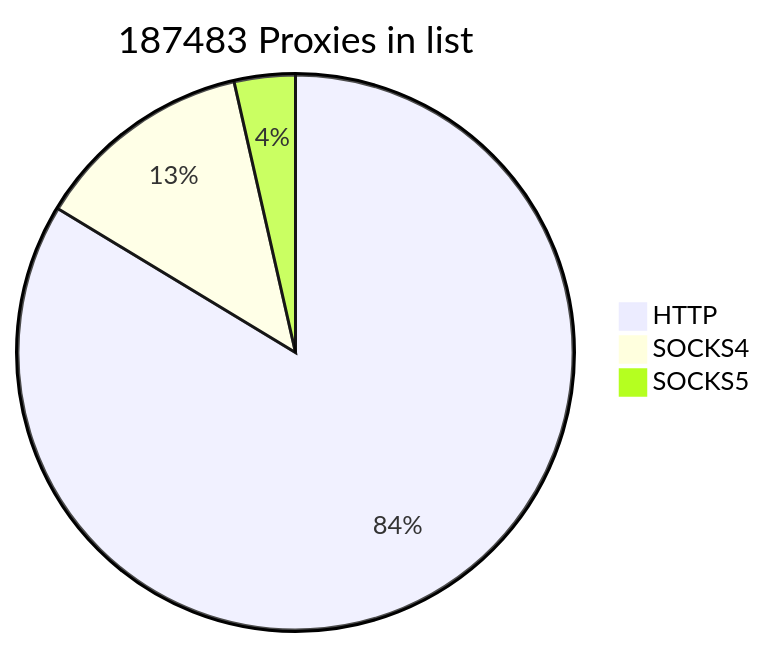
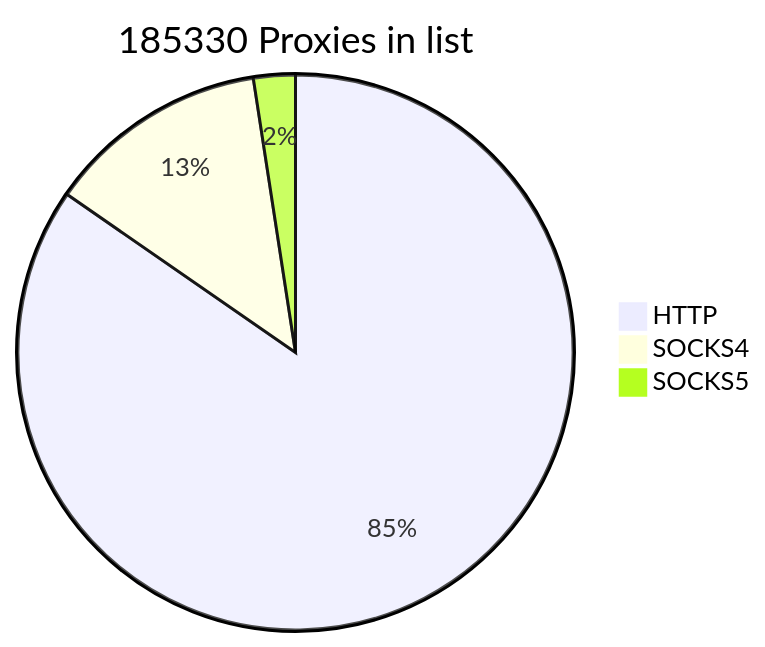
One commit to cutipu/proxylist changed the first of 2 diagrams in README.md. Above: the diagram before and after it, drawn with Mermaid. The commit also changed other lines of this file, not shown here.

````diff
--- a/README.md
+++ b/README.md
@@ -2,7 +2,7 @@
 ```mermaid
-pie title 187483 Proxies in list
+pie title 185330 Proxies in list
     "HTTP" : 156862
     "SOCKS4" : 23962
-    "SOCKS5" : 6659
+    "SOCKS5" : 4506
             
 ```
````
